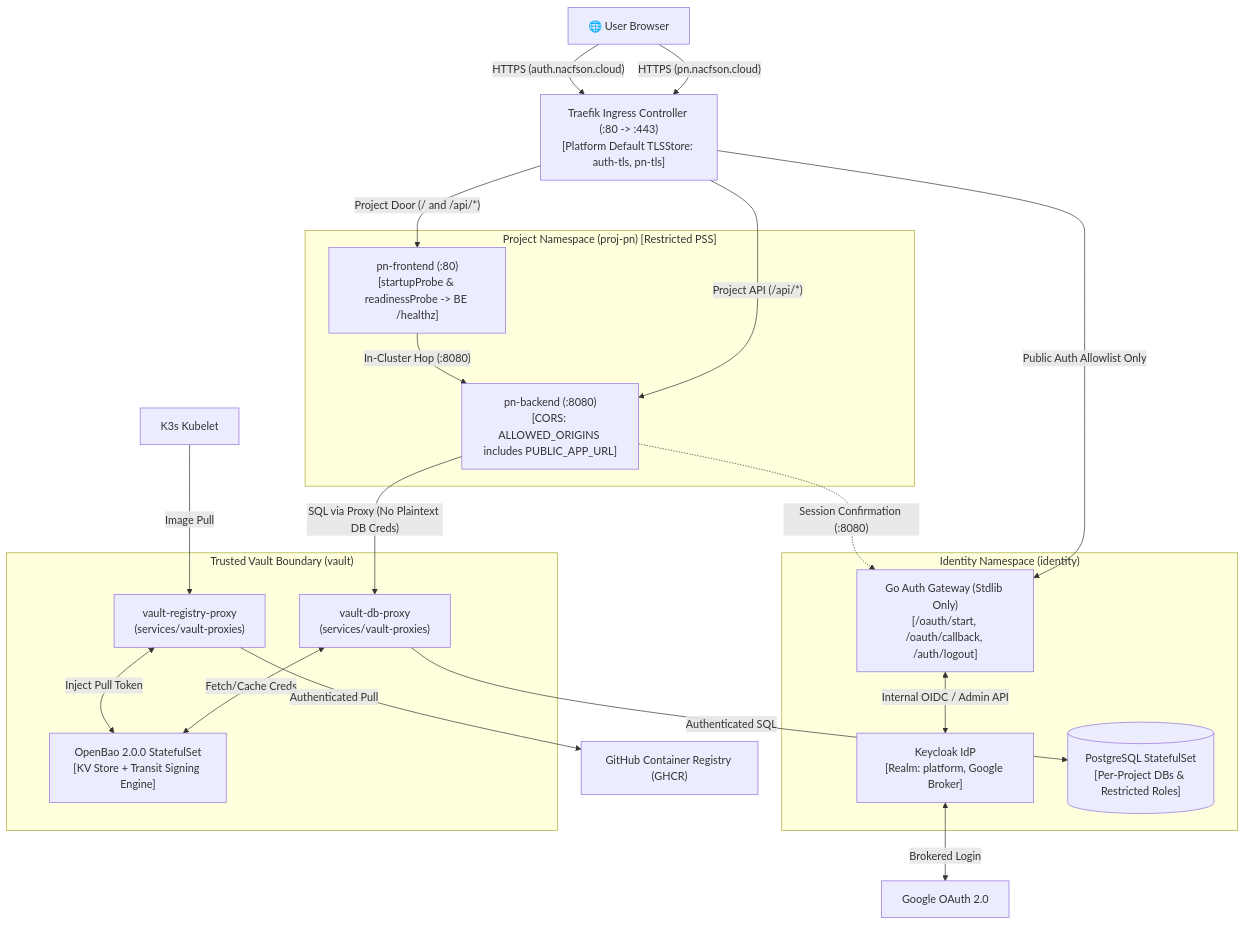
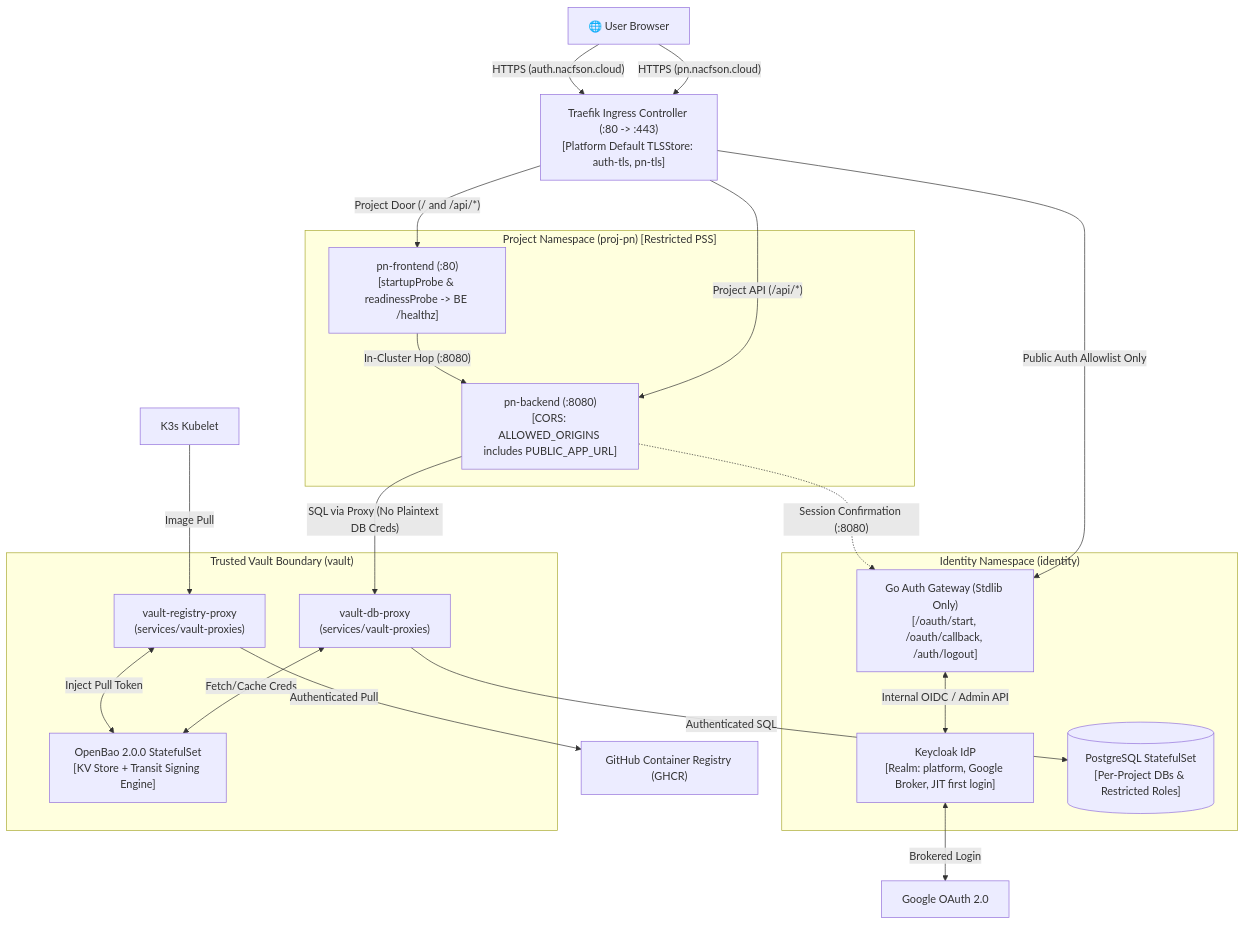
The first of 2 diagrams in ARCHITECTURE.md (nacfson/nacfson_pipeline), drawn with Mermaid before and after one commit. The commit also changed 11 other files, not shown here.

First line of the commit message:
fix(identity): JIT-provision Keycloak users on first Google SSO

````diff
--- a/ARCHITECTURE.md
+++ b/ARCHITECTURE.md
@@ -13,45 +13,45 @@
 ```mermaid
 flowchart TD
     Browser["🌐 User Browser"]
     Traefik["Traefik Ingress Controller (:80 -> :443)<br/>[Platform Default TLSStore: auth-tls, pn-tls]"]
 
     subgraph PlatformIdentity["Identity Namespace (identity)"]
         Gateway["Go Auth Gateway (Stdlib Only)<br/>[/oauth/start, /oauth/callback, /auth/logout]"]
-        Keycloak["Keycloak IdP<br/>[Realm: platform, Google Broker]"]
+        Keycloak["Keycloak IdP<br/>[Realm: platform, Google Broker, JIT first login]"]
         Postgres[("PostgreSQL StatefulSet<br/>[Per-Project DBs & Restricted Roles]")]
     end
 
     subgraph VaultBoundary["Trusted Vault Boundary (vault)"]
         OpenBao["OpenBao 2.0.0 StatefulSet<br/>[KV Store + Transit Signing Engine]"]
         DBProxy["vault-db-proxy<br/>(services/vault-proxies)"]
         RegProxy["vault-registry-proxy<br/>(services/vault-proxies)"]
     end
 
     subgraph ProjectPN["Project Namespace (proj-pn) [Restricted PSS]"]
         FE["pn-frontend (:80)<br/>[startupProbe & readinessProbe -> BE /healthz]"]
         BE["pn-backend (:8080)<br/>[CORS: ALLOWED_ORIGINS includes PUBLIC_APP_URL]"]
     end
 
     Google["Google OAuth 2.0"]
     GHCR["GitHub Container Registry (GHCR)"]
 
     Browser -->|"HTTPS (pn.nacfson.cloud)"| Traefik
     Browser -->|"HTTPS (auth.nacfson.cloud)"| Traefik
 
     Traefik -->|"Project Door (/ and /api/*)"| FE
     Traefik -->|"Project API (/api/*)"| BE
     Traefik -->|"Public Auth Allowlist Only"| Gateway
 
     FE -->|"In-Cluster Hop (:8080)"| BE
     BE -.->|"Session Confirmation (:8080)"| Gateway
     Gateway <-->|"Internal OIDC / Admin API"| Keycloak
     Keycloak <-->|"Brokered Login"| Google
 
     BE -->|"SQL via Proxy (No Plaintext DB Creds)"| DBProxy
     DBProxy <-->|"Fetch/Cache Creds"| OpenBao
     DBProxy -->|"Authenticated SQL"| Postgres
 
     Kubelet["K3s Kubelet"] -->|"Image Pull"| RegProxy
     RegProxy <-->|"Inject Pull Token"| OpenBao
     RegProxy -->|"Authenticated Pull"| GHCR
 ```
````
